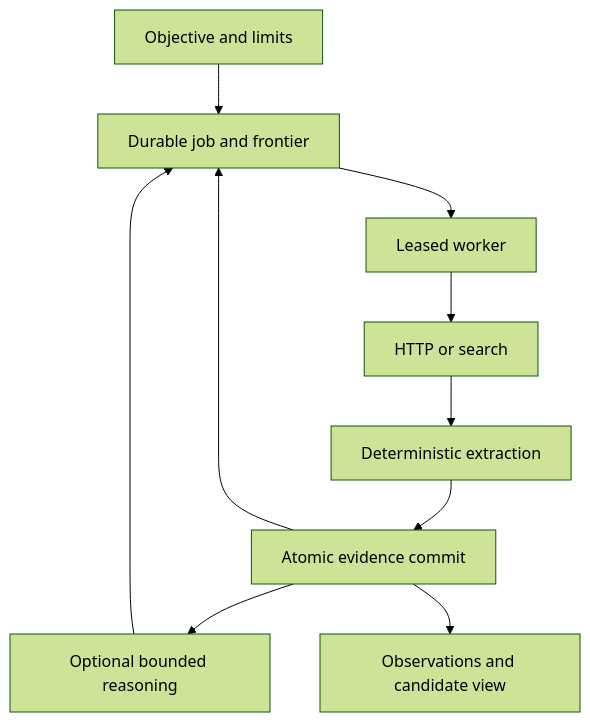
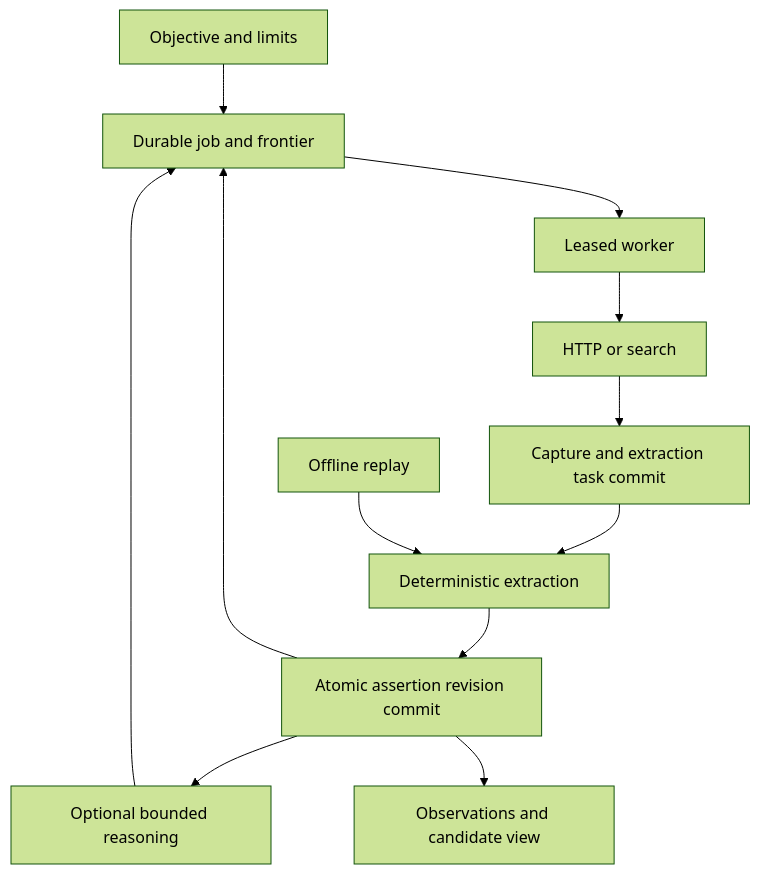
Before and after one commit to Snaxxwax/data_harvesting_agent: the diagram in ARCHITECTURE.md, drawn with Mermaid (forest theme). The commit also changed other lines of this file and 28 other files, not shown here.

First line of the commit message:
Preserve acquired evidence and add offline extraction replay

````diff
--- a/ARCHITECTURE.md
+++ b/ARCHITECTURE.md
@@ -17,12 +17,14 @@
 ```mermaid
 flowchart TD
   Operator["Objective and limits"] --> Jobs["Durable job and frontier"]
   Jobs --> Worker["Leased worker"]
   Worker --> Acquire["HTTP or search"]
-  Acquire --> Extract["Deterministic extraction"]
-  Extract --> Commit["Atomic evidence commit"]
+  Acquire --> Checkpoint["Capture and extraction task commit"]
+  Checkpoint --> Extract["Deterministic extraction"]
+  Extract --> Commit["Atomic assertion revision commit"]
+  Replay["Offline replay"] --> Extract
   Commit --> Model["Optional bounded reasoning"]
   Model --> Jobs
   Commit --> Jobs
   Commit --> Results["Observations and candidate view"]
 ```
````
